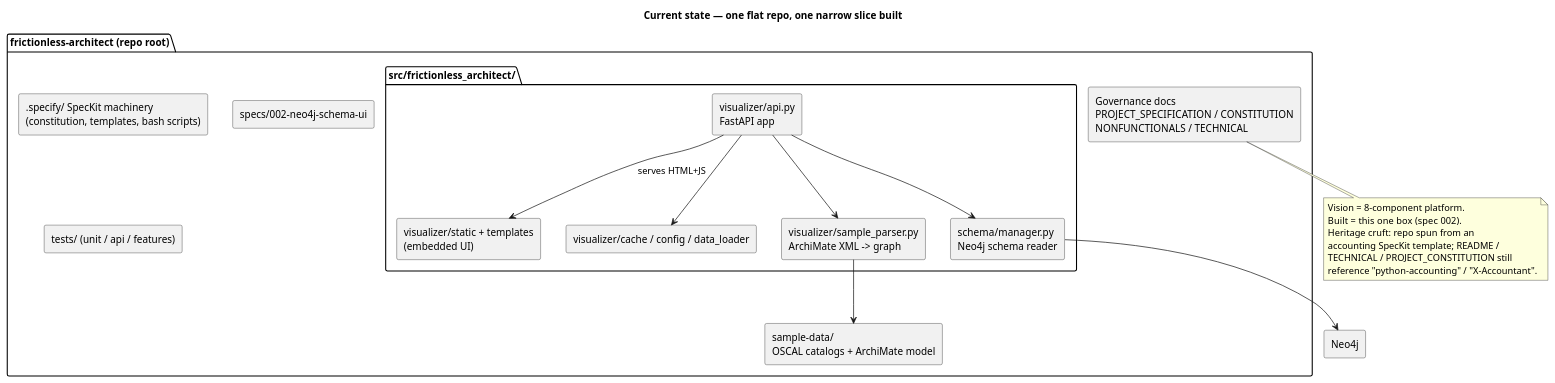
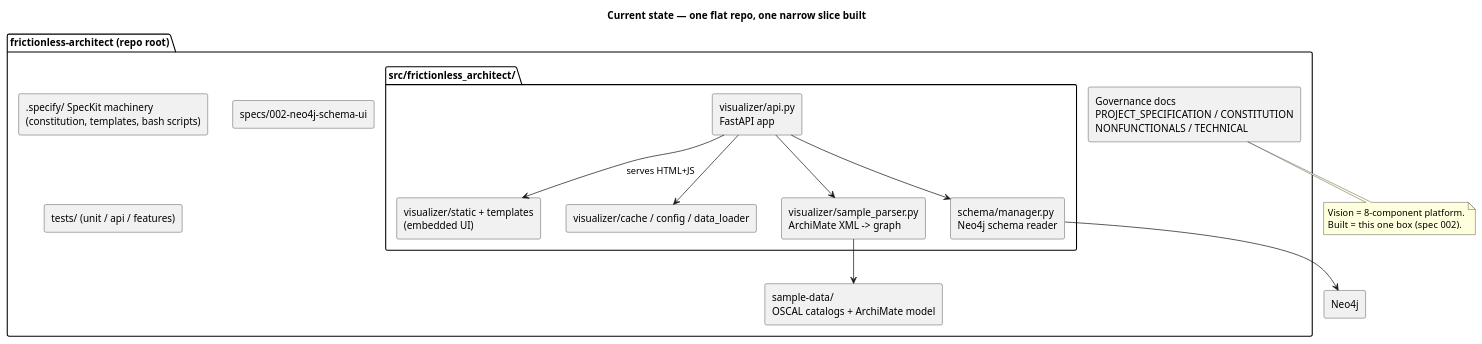
One commit to wolffy-au/frictionless-architect changed the first of 4 diagrams in ARCHITECTURE.md. Above: the diagram before and after it, drawn with PlantUML. The commit also changed other lines of this file and 3 other files, not shown here.

First line of the commit message:
docs: de-account README, TECHNICAL, ARCHITECTURE and PROJECT_CONSTITUTION

````diff
--- a/ARCHITECTURE.md
+++ b/ARCHITECTURE.md
@@ -27,40 +27,36 @@
 ```plantuml
 @startuml
 title Current state — one flat repo, one narrow slice built
 skinparam componentStyle rectangle
 
 package "frictionless-architect (repo root)" {
   [Governance docs\nPROJECT_SPECIFICATION / CONSTITUTION\nNONFUNCTIONALS / TECHNICAL] as docs
   [.specify/ SpecKit machinery\n(constitution, templates, bash scripts)] as speckit
   [specs/002-neo4j-schema-ui] as spec002
 
   package "src/frictionless_architect/" {
     [visualizer/api.py\nFastAPI app] as api
     [visualizer/static + templates\n(embedded UI)] as ui
     [visualizer/cache / config / data_loader] as vsupport
     [visualizer/sample_parser.py\nArchiMate XML -> graph] as parser
     [schema/manager.py\nNeo4j schema reader] as schema
   }
 
   [sample-data/\nOSCAL catalogs + ArchiMate model] as sampledata
   [tests/ (unit / api / features)] as tests
 }
 
 [Neo4j] as neo4j
 api --> ui : serves HTML+JS
 api --> vsupport
 api --> schema
 schema --> neo4j
 api --> parser
 parser --> sampledata
 
 note bottom of docs
   Vision = 8-component platform.
   Built  = this one box (spec 002).
-  Heritage cruft: repo spun from an
-  accounting SpecKit template; README /
-  TECHNICAL / PROJECT_CONSTITUTION still
-  reference "python-accounting" / "X-Accountant".
 end note
 @enduml
 ```
````
